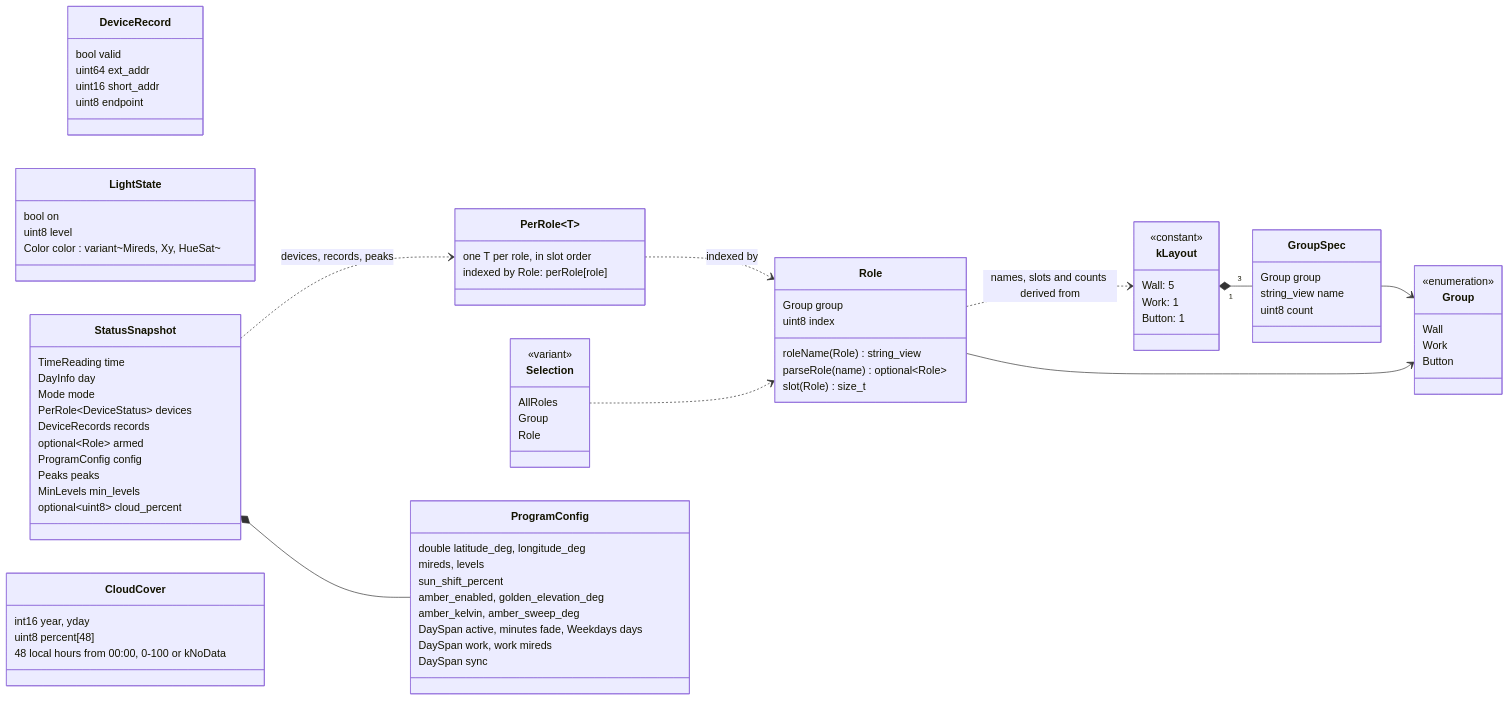
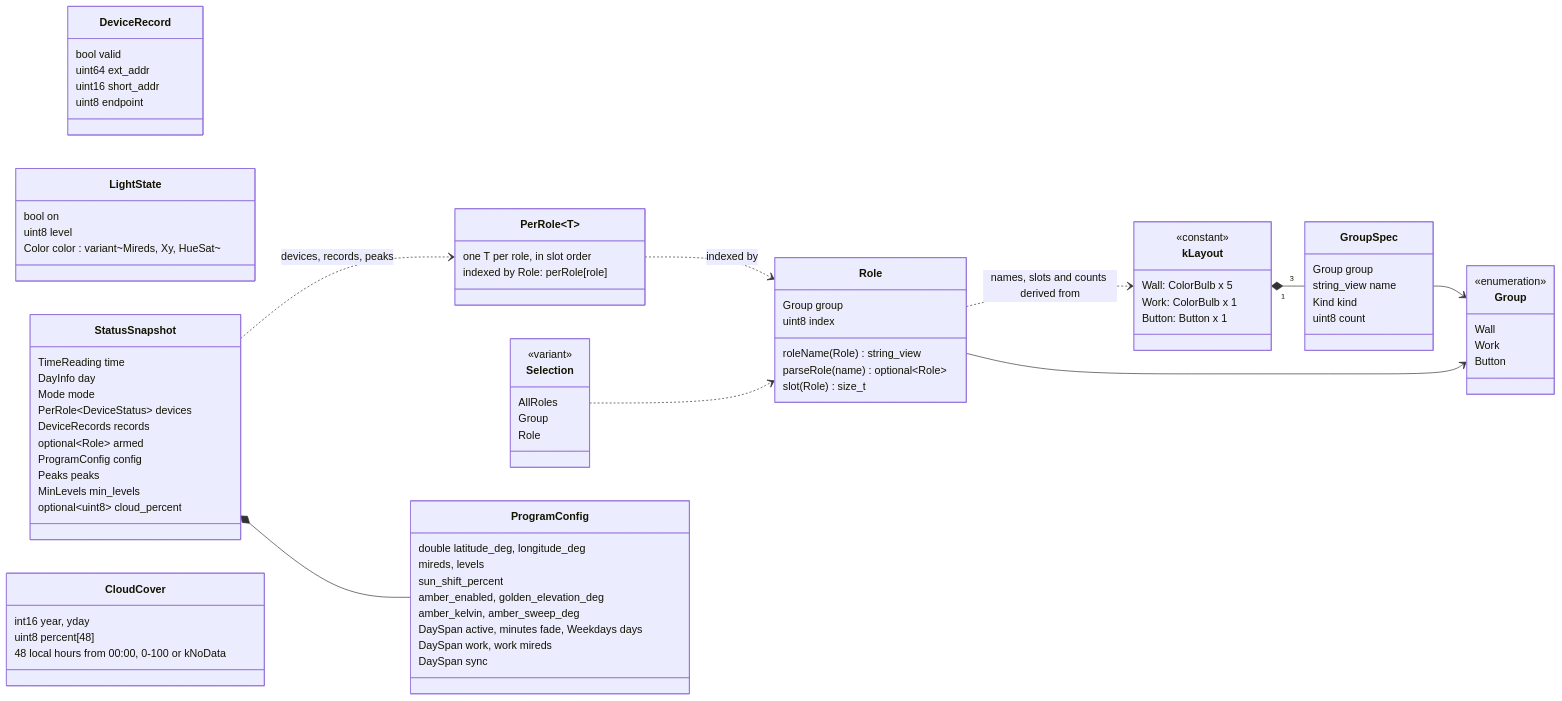
The second of 10 diagrams in ARCHITECTURE.md (bjerre/sunsim), drawn with Mermaid before and after one commit. The commit also changed other lines of this file and 20 other files, not shown here.

First line of the commit message:
Each group has a kind: color, white or dimmable bulb, plug, or button

```diff
--- a/ARCHITECTURE.md
+++ b/ARCHITECTURE.md
@@ -87,13 +90,14 @@
     direction LR
     class kLayout {
         <<constant>>
-        Wall: 5
-        Work: 1
-        Button: 1
+        Wall: ColorBulb x 5
+        Work: ColorBulb x 1
+        Button: Button x 1
     }
     class GroupSpec {
         Group group
         string_view name
+        Kind kind
         uint8 count
     }
     class Group {
```
